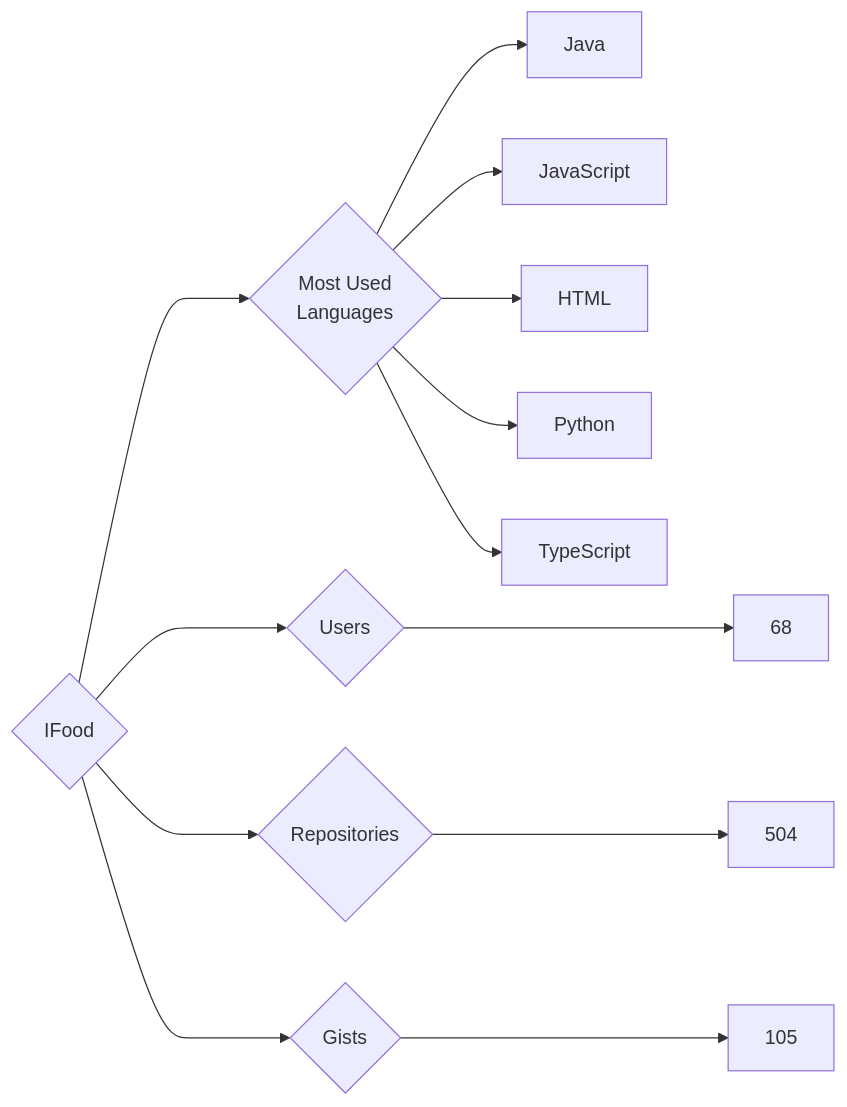
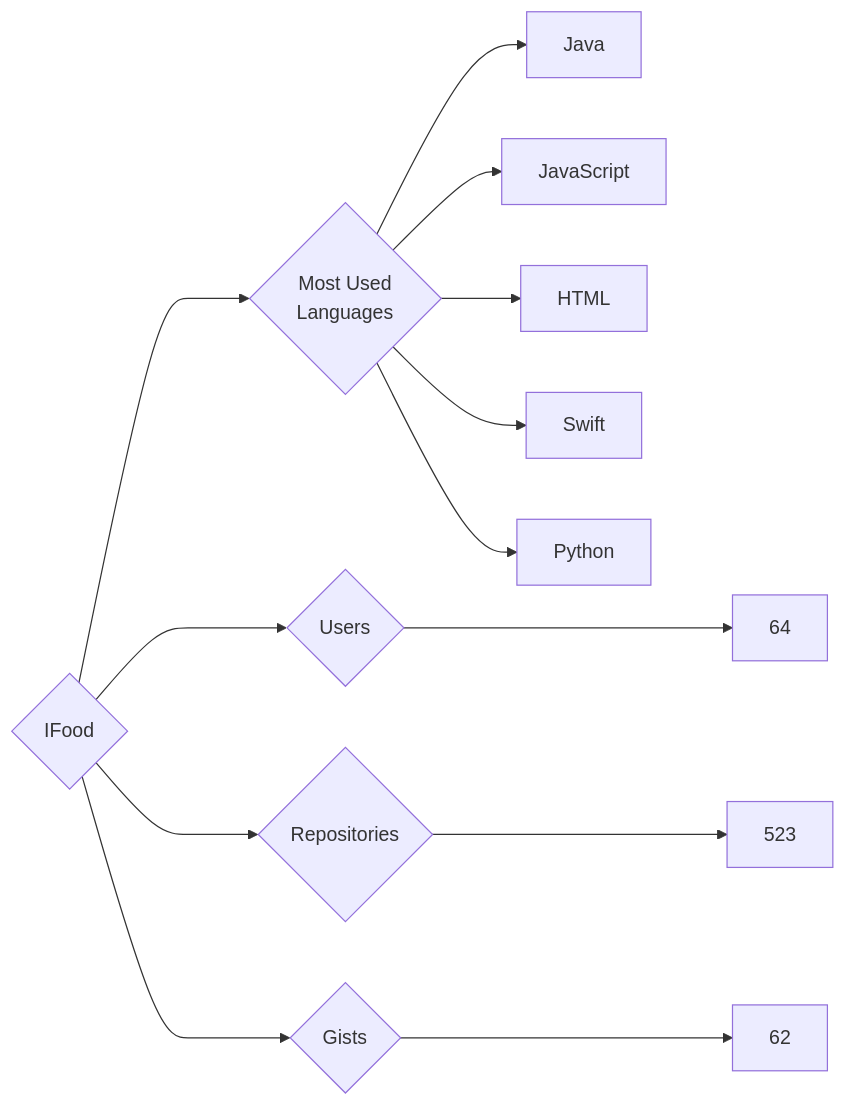
The diagram in targets/IFood/README.md (trickest/insiders), drawn with Mermaid before and after one commit. The commit also changed 826 other files, not shown here.

````diff
--- a/targets/IFood/README.md
+++ b/targets/IFood/README.md
@@ -3,13 +3,13 @@
 ```mermaid
 graph LR
 COMPANY_NAME{IFood}
-COMPANY_NAME ---> U{Users} ---> UN[68]
-COMPANY_NAME ---> R{Repositories} ---> RN[504]
-COMPANY_NAME ---> G{Gists} ---> GN[105]
+COMPANY_NAME ---> U{Users} ---> UN[64]
+COMPANY_NAME ---> R{Repositories} ---> RN[523]
+COMPANY_NAME ---> G{Gists} ---> GN[62]
 COMPANY_NAME ---> ML{Most Used<br>Languages}
 ML --> Java[Java]
 ML --> JavaScript[JavaScript]
 ML --> HTML[HTML]
+ML --> Swift[Swift]
 ML --> Python[Python]
-ML --> TypeScript[TypeScript]
 ```
````
